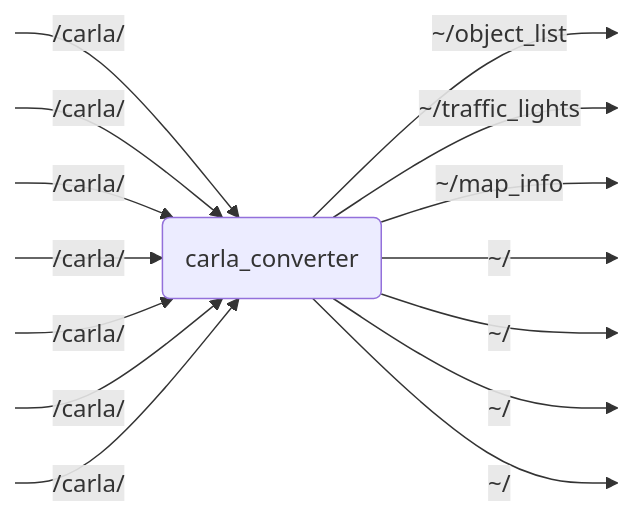
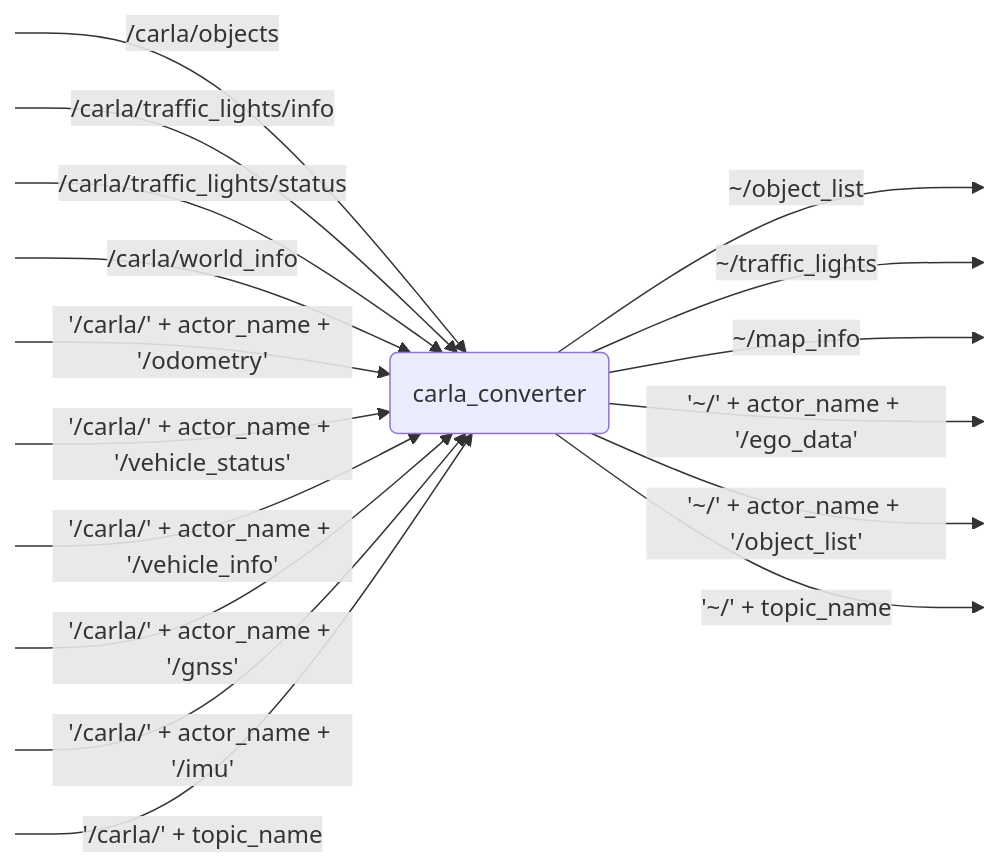
One commit to openads-project/carla_converter changed the diagram in carla_converter/README.md. Above: the diagram before and after it, drawn with Mermaid. The commit also changed other lines of this file and 2 other files, not shown here.

````diff
--- a/carla_converter/README.md
+++ b/carla_converter/README.md
@@ -9,19 +9,21 @@
 ```mermaid
 flowchart LR
     NODE("carla_converter")
-    S0:::hidden -->|/carla/| NODE
-    S1:::hidden -->|/carla/| NODE
-    S2:::hidden -->|/carla/| NODE
-    S3:::hidden -->|/carla/| NODE
-    S4:::hidden -->|/carla/| NODE
-    S5:::hidden -->|/carla/| NODE
-    S6:::hidden -->|/carla/| NODE
+    S0:::hidden -->|/carla/objects| NODE
+    S1:::hidden -->|/carla/traffic_lights/info| NODE
+    S2:::hidden -->|/carla/traffic_lights/status| NODE
+    S3:::hidden -->|/carla/world_info| NODE
+    S4:::hidden -->|'/carla/' + actor_name + '/odometry'| NODE
+    S5:::hidden -->|'/carla/' + actor_name + '/vehicle_status'| NODE
+    S6:::hidden -->|'/carla/' + actor_name + '/vehicle_info'| NODE
+    S7:::hidden -->|'/carla/' + actor_name + '/gnss'| NODE
+    S8:::hidden -->|'/carla/' + actor_name + '/imu'| NODE
+    S9:::hidden -->|'/carla/' + topic_name| NODE
     NODE -->|~/object_list| P0:::hidden
     NODE -->|~/traffic_lights| P1:::hidden
     NODE -->|~/map_info| P2:::hidden
-    NODE -->|~/| P3:::hidden
-    NODE -->|~/| P4:::hidden
-    NODE -->|~/| P5:::hidden
-    NODE -->|~/| P6:::hidden
+    NODE -->|'~/' + actor_name + '/ego_data'| P3:::hidden
+    NODE -->|'~/' + actor_name + '/object_list'| P4:::hidden
+    NODE -->|'~/' + topic_name| P5:::hidden
     classDef hidden display: none;
 ```
````
